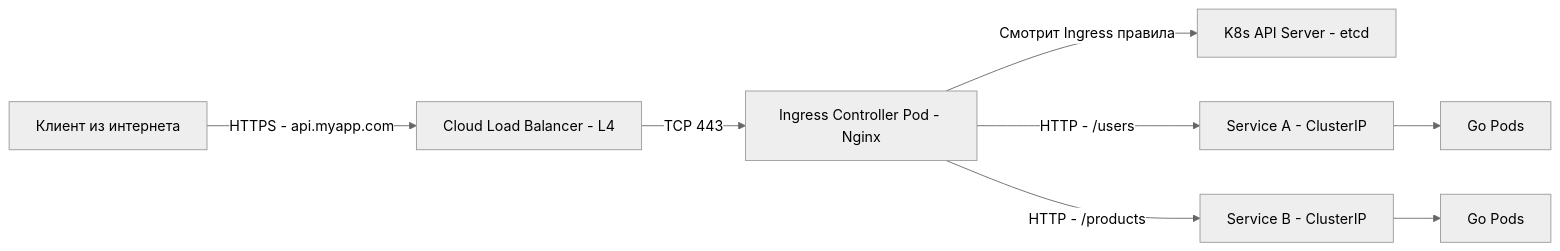
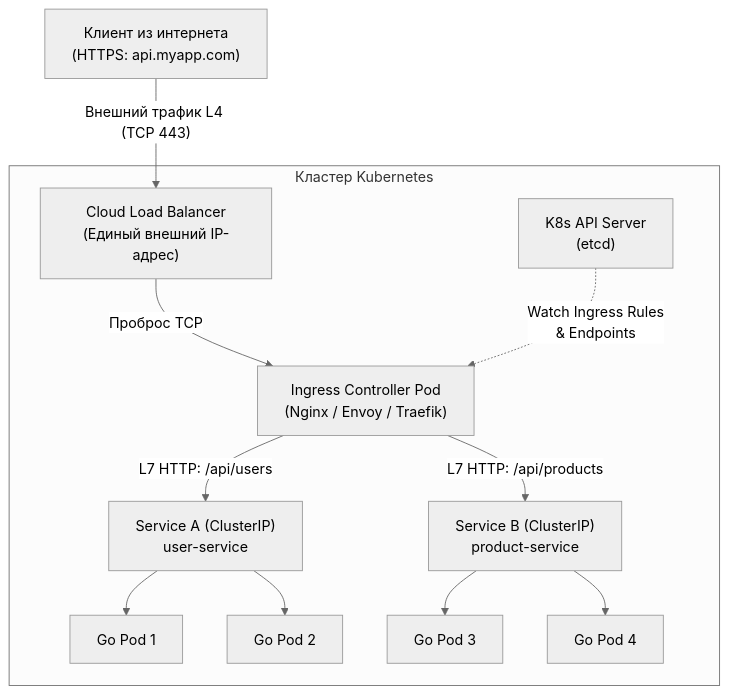
Before and after one commit to UnrealTemplier/go-textbook: the first of 3 diagrams in sources/19. Инфраструктура. Linux, nginx, Docker, Kubernetes/04. Kubernetes/4. Ingress.md, drawn with Mermaid (neutral theme). The commit also changed other lines of this file, not shown here.

Commit message:
feat(module-19): editorial rewrite of 04.4 Ingress in Kernighan style

````diff
--- a/sources/19. Инфраструктура. Linux, nginx, Docker, Kubernetes/04. Kubernetes/4. Ingress.md
+++ b/sources/19. Инфраструктура. Linux, nginx, Docker, Kubernetes/04. Kubernetes/4. Ingress.md
@@ -14,10 +20,18 @@
 ```mermaid
-flowchart LR
-    A["Клиент из интернета"] -->|"HTTPS - api.myapp.com"| B["Cloud Load Balancer - L4"]
-    B -->|"TCP 443"| C["Ingress Controller Pod - Nginx"]
-    C -->|"Смотрит Ingress правила"| D["K8s API Server - etcd"]
-    C -->|"HTTP - /users"| E["Service A - ClusterIP"]
-    C -->|"HTTP - /products"| F["Service B - ClusterIP"]
-    E --> G["Go Pods"]
-    F --> H["Go Pods"]
+flowchart TD
+    Client["Клиент из интернета\n(HTTPS: api.myapp.com)"] -->|"Внешний трафик L4 (TCP 443)"| LB["Cloud Load Balancer\n(Единый внешний IP-адрес)"]
+    
+    subgraph K8s["Кластер Kubernetes"]
+        LB -->|"Проброс TCP"| IC["Ingress Controller Pod\n(Nginx / Envoy / Traefik)"]
+        
+        APIServer["K8s API Server\n(etcd)"] -.->|"Watch Ingress Rules\n& Endpoints"| IC
+        
+        IC -->|"L7 HTTP: /api/users"| SvcA["Service A (ClusterIP)\nuser-service"]
+        IC -->|"L7 HTTP: /api/products"| SvcB["Service B (ClusterIP)\nproduct-service"]
+        
+        SvcA --> Pod1["Go Pod 1"]
+        SvcA --> Pod2["Go Pod 2"]
+        SvcB --> Pod3["Go Pod 3"]
+        SvcB --> Pod4["Go Pod 4"]
+    end
 ```
````
